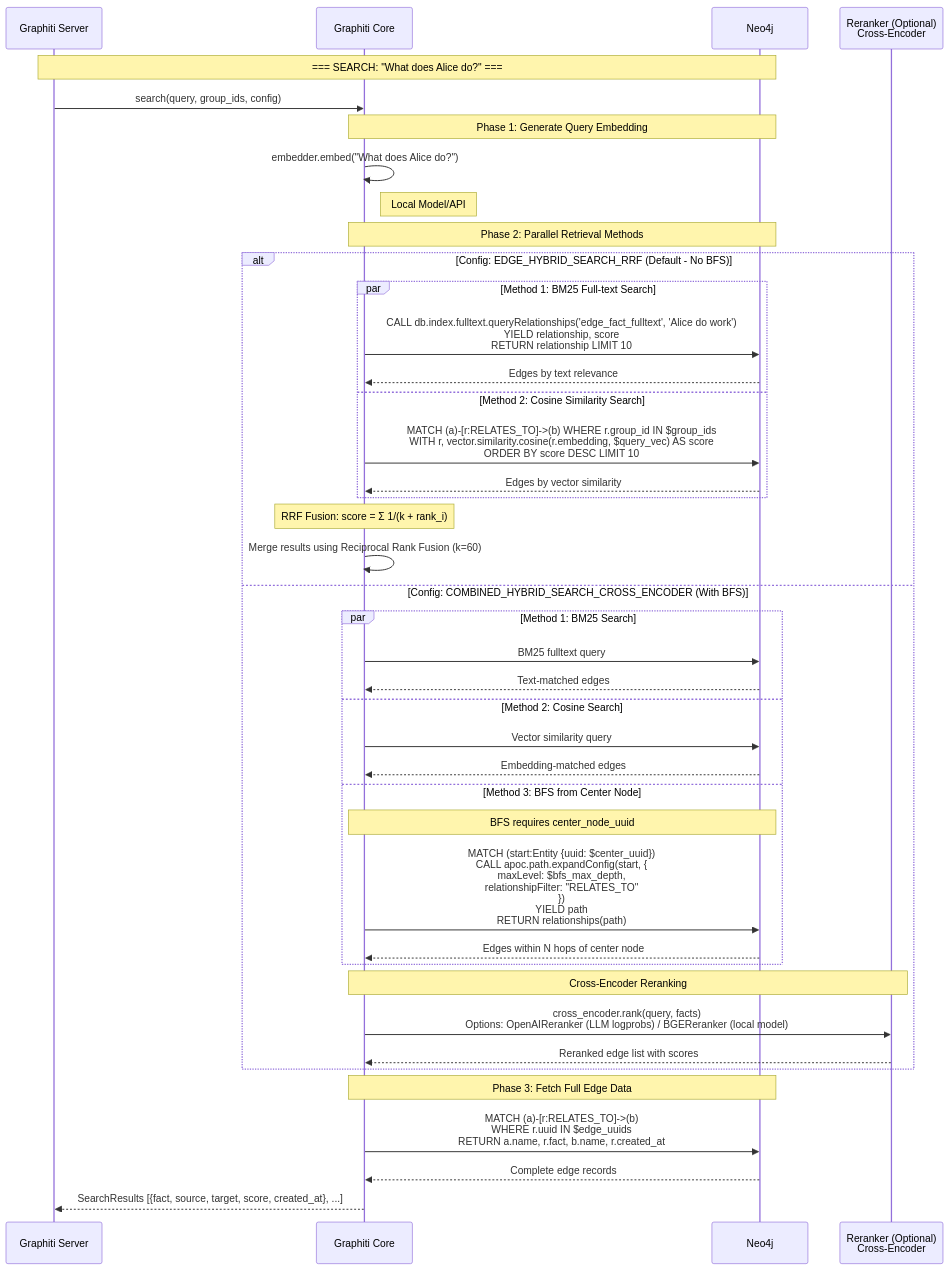
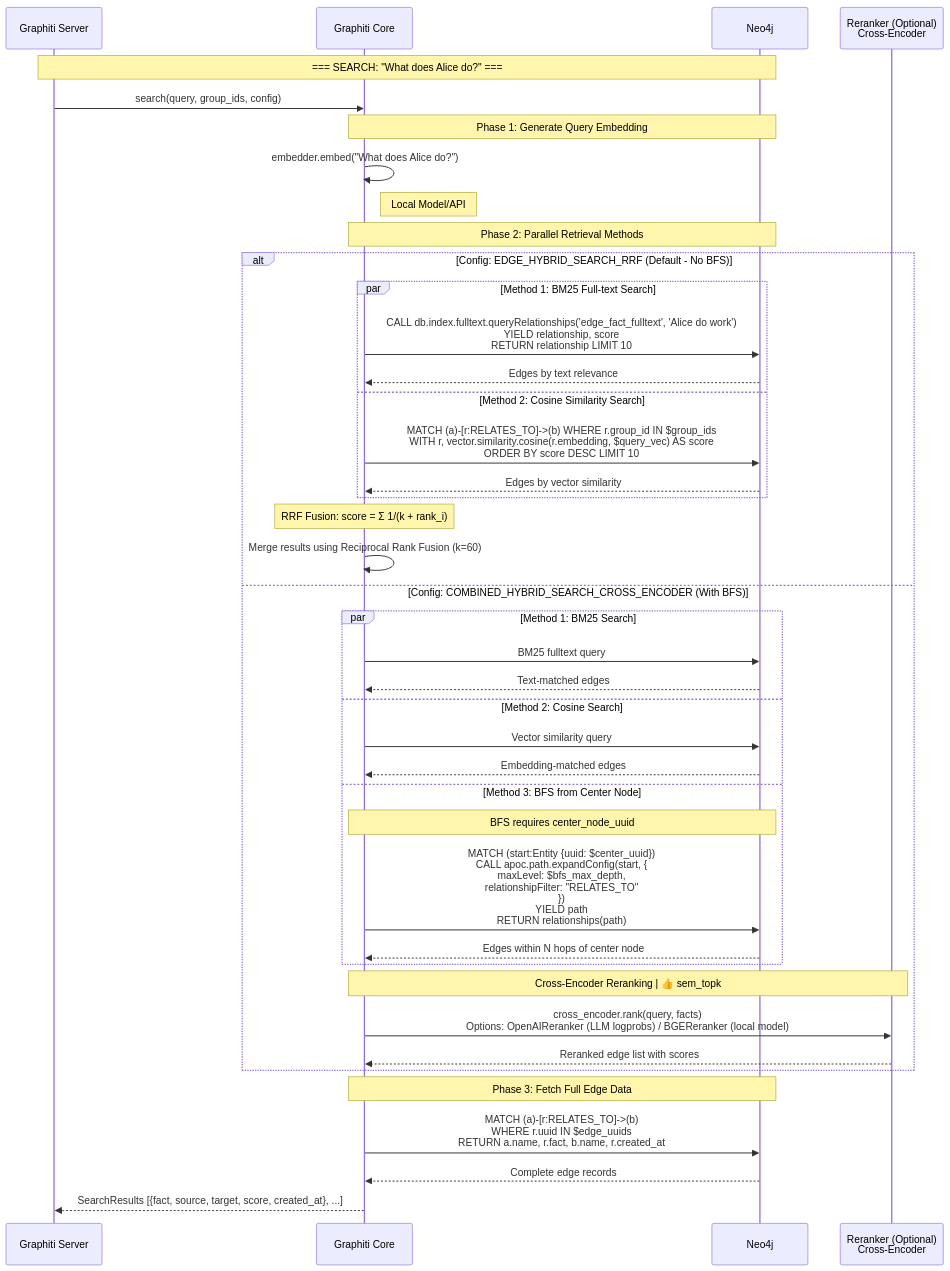
Before and after one commit to SleepyLGod/zep-graphiti: the second of 2 diagrams in examples/neo4j_otel/data_flow.md, drawn with Mermaid. The commit also changed other lines of this file and 1 other file, not shown here.

Commit message:
data flow diagram for zep and mem0 added.

````diff
--- a/examples/neo4j_otel/data_flow.md
+++ b/examples/neo4j_otel/data_flow.md
@@ -94,53 +105,53 @@
 ```mermaid
 sequenceDiagram
     participant App as Graphiti Server
     participant Core as Graphiti Core
     participant Neo4j as Neo4j
     participant Reranker as Reranker (Optional)<br/>Cross-Encoder
 
     Note over App, Neo4j: === SEARCH: "What does Alice do?" ===
 
     App->>Core: search(query, group_ids, config)
 
     Note over Core, Neo4j: Phase 1: Generate Query Embedding
     Core->>Core: embedder.embed("What does Alice do?")
     Note right of Core: Local Model/API
 
     Note over Core, Neo4j: Phase 2: Parallel Retrieval Methods
 
     alt Config: EDGE_HYBRID_SEARCH_RRF (Default - No BFS)
         par Method 1: BM25 Full-text Search
             Core->>Neo4j: CALL db.index.fulltext.queryRelationships('edge_fact_fulltext', 'Alice do work')<br/>YIELD relationship, score<br/>RETURN relationship LIMIT 10
             Neo4j-->>Core: Edges by text relevance
         and Method 2: Cosine Similarity Search
             Core->>Neo4j: MATCH (a)-[r:RELATES_TO]->(b) WHERE r.group_id IN $group_ids<br/>WITH r, vector.similarity.cosine(r.embedding, $query_vec) AS score<br/>ORDER BY score DESC LIMIT 10
             Neo4j-->>Core: Edges by vector similarity
         end
         
         Note over Core: RRF Fusion: score = Σ 1/(k + rank_i)
         Core->>Core: Merge results using Reciprocal Rank Fusion (k=60)
 
     else Config: COMBINED_HYBRID_SEARCH_CROSS_ENCODER (With BFS)
         par Method 1: BM25 Search
             Core->>Neo4j: BM25 fulltext query
             Neo4j-->>Core: Text-matched edges
         and Method 2: Cosine Search
             Core->>Neo4j: Vector similarity query
             Neo4j-->>Core: Embedding-matched edges
         and Method 3: BFS from Center Node
             Note over Core, Neo4j: BFS requires center_node_uuid
             Core->>Neo4j: MATCH (start:Entity {uuid: $center_uuid})<br/>CALL apoc.path.expandConfig(start, {<br/>  maxLevel: $bfs_max_depth,<br/>  relationshipFilter: "RELATES_TO"<br/>})<br/>YIELD path<br/>RETURN relationships(path)
             Neo4j-->>Core: Edges within N hops of center node
         end
 
-        Note over Core, Reranker: Cross-Encoder Reranking
+        Note over Core, Reranker: Cross-Encoder Reranking | 👍 sem_topk
         Core->>Reranker: cross_encoder.rank(query, facts)<br/>Options: OpenAIReranker (LLM logprobs) / BGEReranker (local model)
         Reranker-->>Core: Reranked edge list with scores
     end
 
     Note over Core, Neo4j: Phase 3: Fetch Full Edge Data
     Core->>Neo4j: MATCH (a)-[r:RELATES_TO]->(b)<br/>WHERE r.uuid IN $edge_uuids<br/>RETURN a.name, r.fact, b.name, r.created_at
     Neo4j-->>Core: Complete edge records
 
     Core-->>App: SearchResults [{fact, source, target, score, created_at}, ...]
 ```
````
